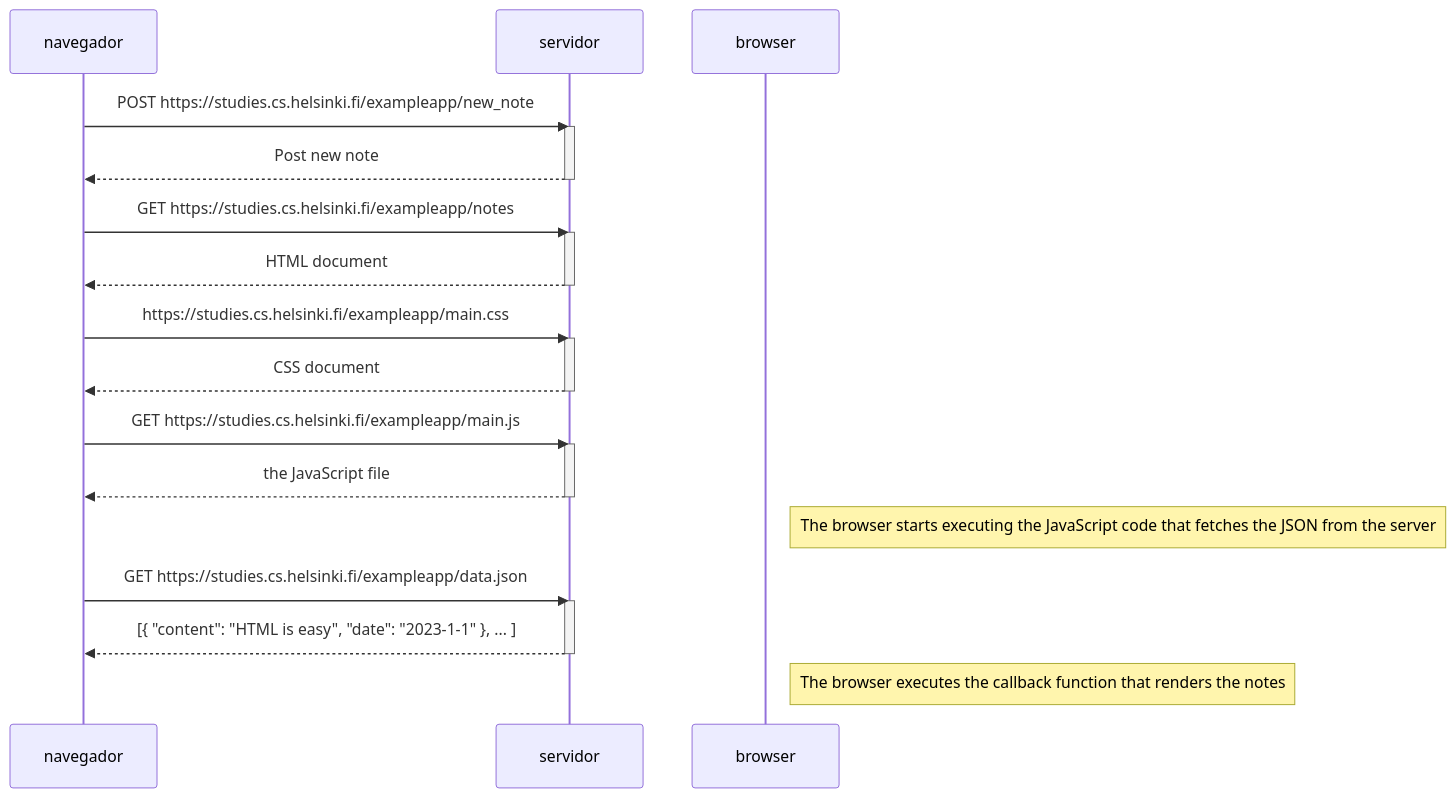
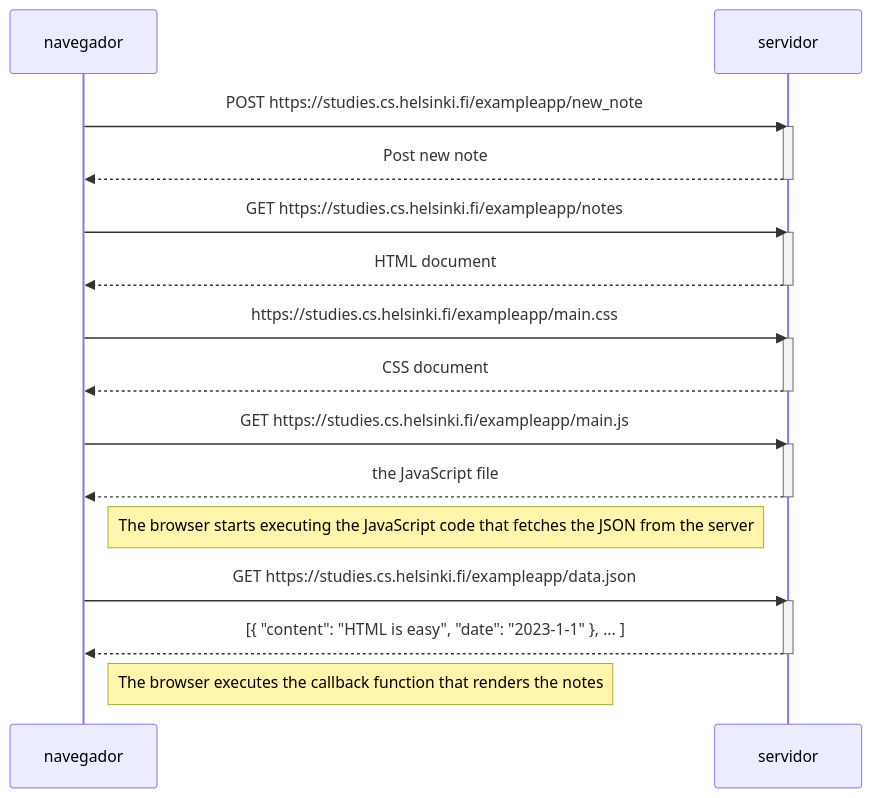
Before and after one commit to juancarloscalvo/fullstackopen: the diagram in README.md, drawn with Mermaid.

````diff
--- a/README.md
+++ b/README.md
@@ -1,35 +1,35 @@
 ```mermaid
 sequenceDiagram
     participant navegador
     participant servidor
 
     navegador->>servidor: POST https://studies.cs.helsinki.fi/exampleapp/new_note
     activate servidor
     servidor-->>navegador: Post new note
     deactivate servidor
 
     navegador->>servidor: GET https://studies.cs.helsinki.fi/exampleapp/notes
     activate servidor
     servidor-->>navegador: HTML document
     deactivate servidor
 
     navegador->>servidor: https://studies.cs.helsinki.fi/exampleapp/main.css
     activate servidor
     servidor-->>navegador: CSS document
     deactivate servidor
 
     navegador->>servidor: GET https://studies.cs.helsinki.fi/exampleapp/main.js
     activate servidor
     servidor-->>navegador: the JavaScript file
     deactivate servidor
 
-    Note right of browser: The browser starts executing the JavaScript code that fetches the JSON from the server
+    Note right of navegador: The browser starts executing the JavaScript code that fetches the JSON from the server
 
     navegador->>servidor: GET https://studies.cs.helsinki.fi/exampleapp/data.json
     activate servidor
     servidor-->>navegador: [{ "content": "HTML is easy", "date": "2023-1-1" }, ... ]
     deactivate servidor
 
-    Note right of browser: The browser executes the callback function that renders the notes
+    Note right of navegador: The browser executes the callback function that renders the notes
 
 ```
````
